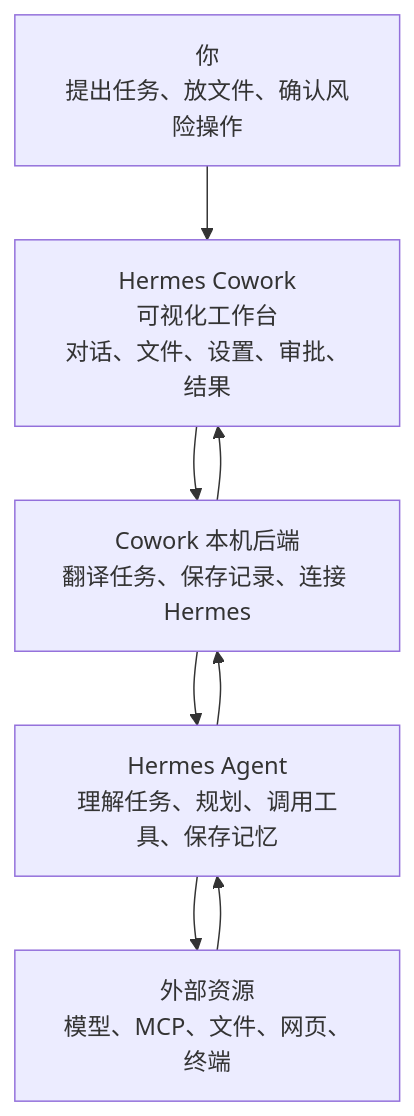
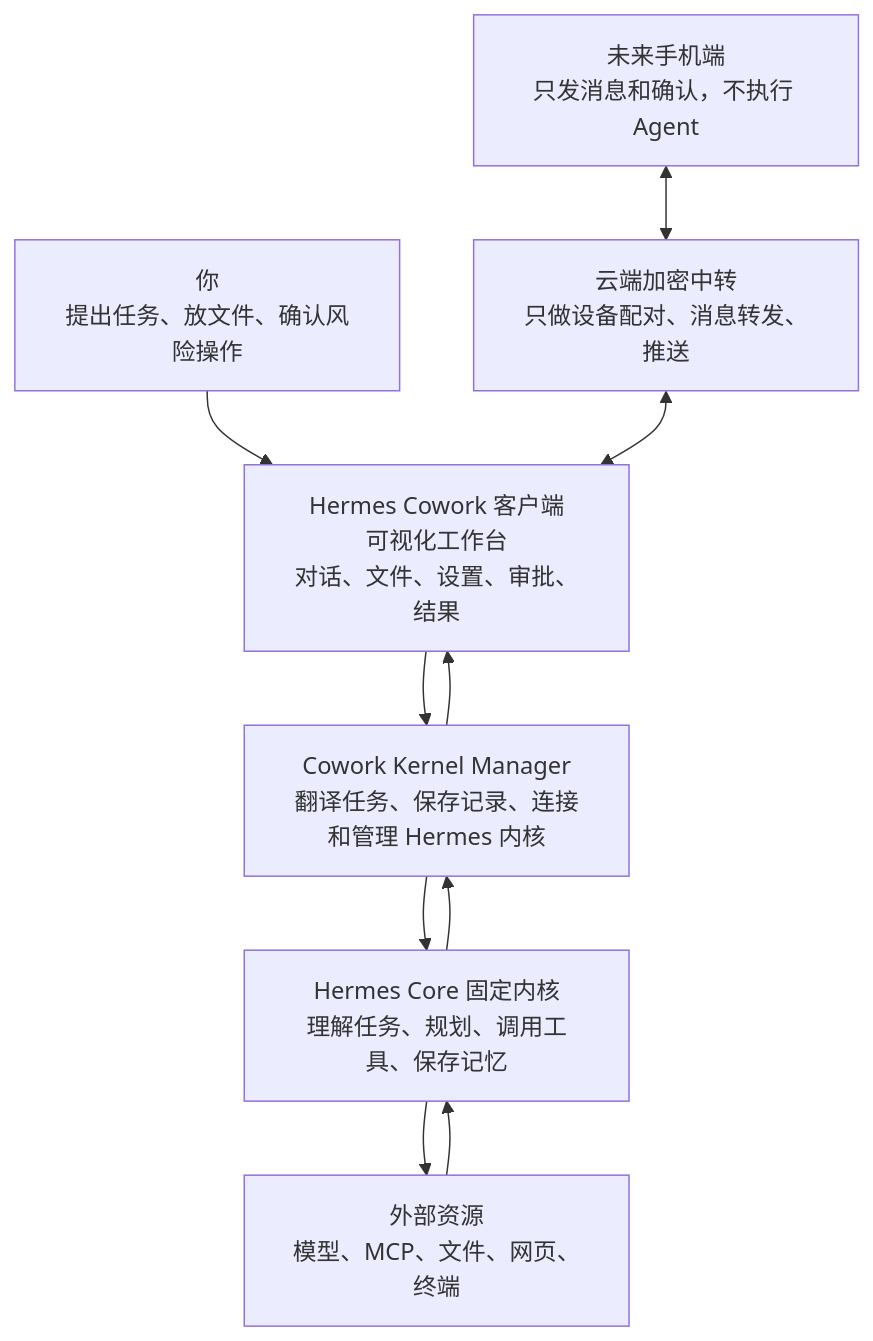
Before and after one commit to xinluwang1221/Lucas-: the first of 3 diagrams in Hermes_Cowork_开发文档.md, drawn with Mermaid. The commit also changed other lines of this file and 2683 other files, not shown here.

Commit message:
Add Hermes core baseline snapshot

````diff
--- a/Hermes_Cowork_开发文档.md
+++ b/Hermes_Cowork_开发文档.md
@@ -115,16 +194,20 @@
 ```mermaid
 flowchart TB
   U["你<br/>提出任务、放文件、确认风险操作"]
-  C["Hermes Cowork<br/>可视化工作台<br/>对话、文件、设置、审批、结果"]
-  A["Cowork 本机后端<br/>翻译任务、保存记录、连接 Hermes"]
-  H["Hermes Agent<br/>理解任务、规划、调用工具、保存记忆"]
+  C["Hermes Cowork 客户端<br/>可视化工作台<br/>对话、文件、设置、审批、结果"]
+  A["Cowork Kernel Manager<br/>翻译任务、保存记录、连接和管理 Hermes 内核"]
+  H["Hermes Core 固定内核<br/>理解任务、规划、调用工具、保存记忆"]
   R["外部资源<br/>模型、MCP、文件、网页、终端"]
+  M["未来手机端<br/>只发消息和确认，不执行 Agent"]
+  Cloud["云端加密中转<br/>只做设备配对、消息转发、推送"]
 
   U --> C
   C --> A
   A --> H
   H --> R
   R --> H
   H --> A
   A --> C
+  M <--> Cloud
+  Cloud <--> C
 ```
````
